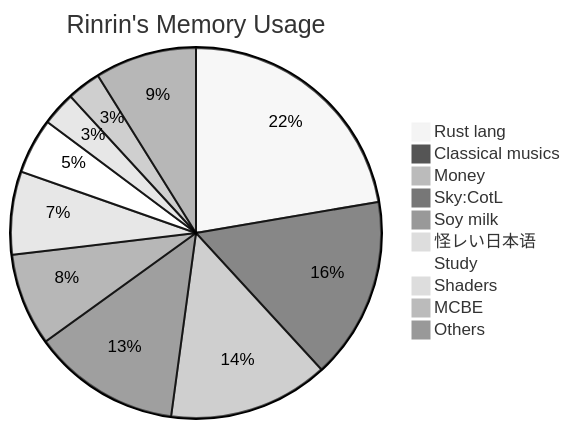
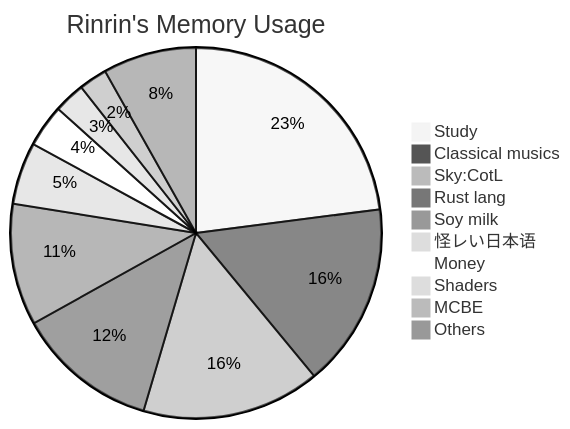
The diagram in README.md (Rinrin0413/Rinrin0413), drawn with Mermaid (neutral theme) before and after one commit.

Commit message:
Update:Memory usage

````diff
--- a/README.md
+++ b/README.md
@@ -74,13 +74,13 @@
 ```mermaid
 pie title Rinrin's Memory Usage
-    "Rust lang": 83
-    "Classical musics": 59
-    "Money": 52
-    "Sky:CotL": 48
-    "Soy milk": 30
-    "怪レい日本语": 27
-    "Study": 18
+    "Study": 93
+    "Classical musics": 65
+    "Sky:CotL": 63
+    "Rust lang": 50
+    "Soy milk": 43
+    "怪レい日本语": 22
+    "Money": 15
     "Shaders": 11
-    "MCBE": 11
+    "MCBE": 10
     "Others": 33
 ```
````
